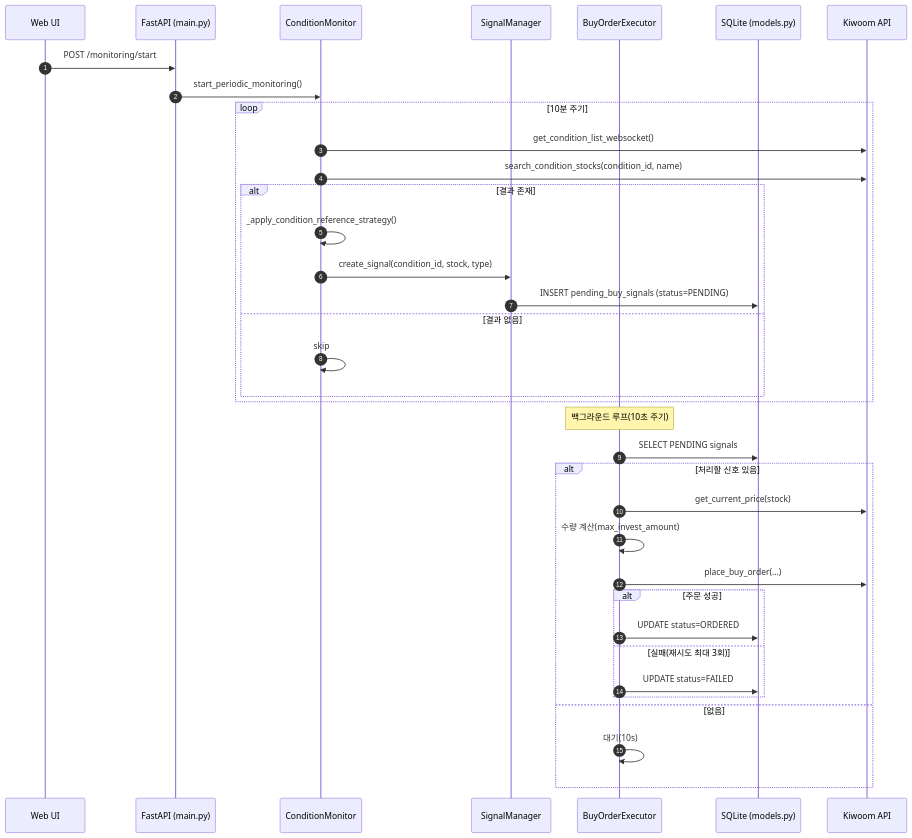
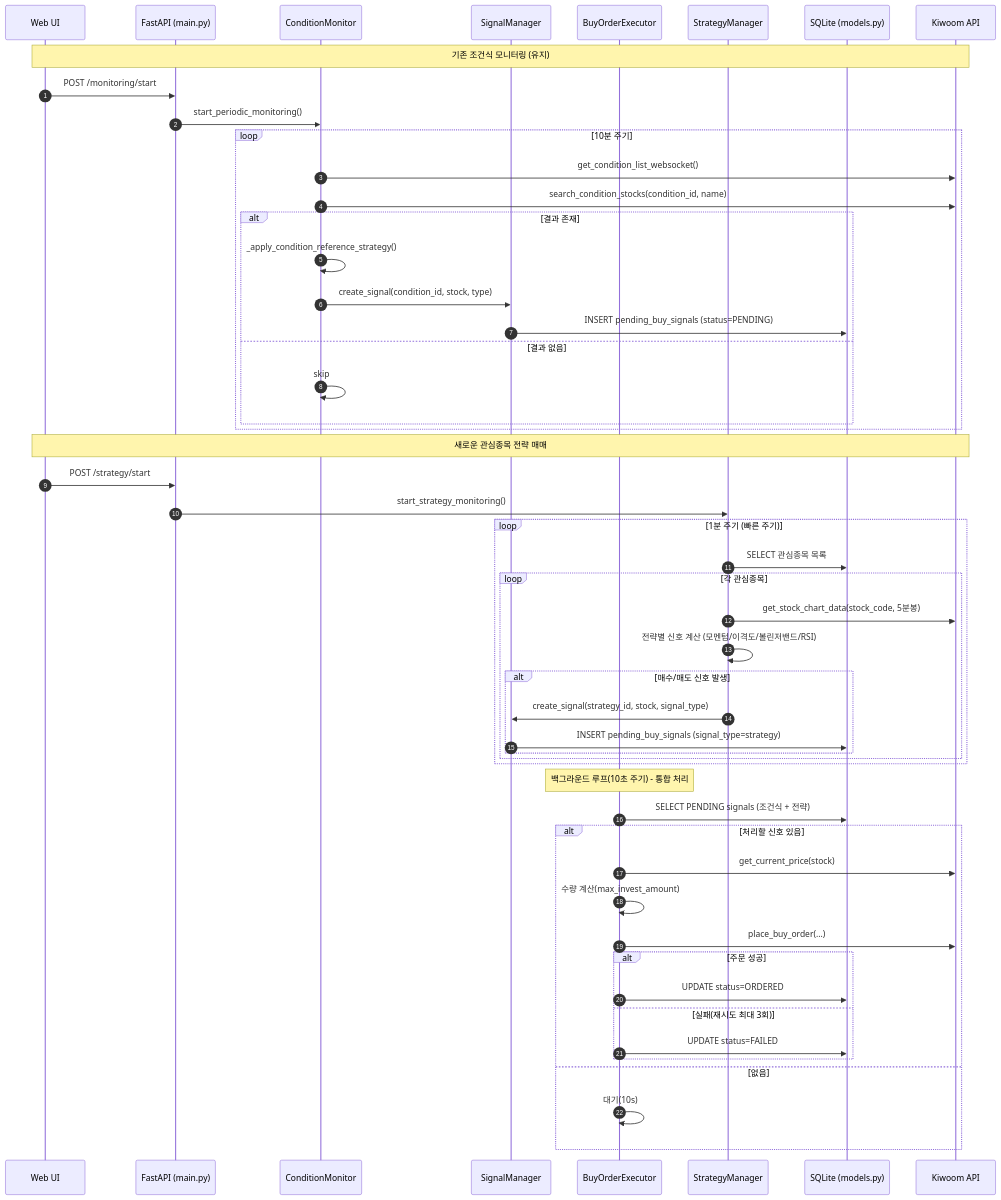
Before and after one commit to hyeongdon/stocke: the first of 2 diagrams in PROCESS_FLOW.md, drawn with Mermaid. The commit also changed other lines of this file and 9 other files, not shown here.

````diff
--- a/PROCESS_FLOW.md
+++ b/PROCESS_FLOW.md
@@ -15,40 +17,57 @@
 ```mermaid
 sequenceDiagram
     autonumber
     participant UI as Web UI
     participant API as FastAPI (main.py)
     participant Mon as ConditionMonitor
     participant Sig as SignalManager
     participant Exec as BuyOrderExecutor
+    participant Str as StrategyManager
     participant DB as SQLite (models.py)
     participant KI as Kiwoom API
 
+    Note over UI,KI: 기존 조건식 모니터링 (유지)
     UI->>API: POST /monitoring/start
     API->>Mon: start_periodic_monitoring()
     loop 10분 주기
         Mon->>KI: get_condition_list_websocket()
         Mon->>KI: search_condition_stocks(condition_id, name)
         alt 결과 존재
             Mon->>Mon: _apply_condition_reference_strategy()
             Mon->>Sig: create_signal(condition_id, stock, type)
             Sig->>DB: INSERT pending_buy_signals (status=PENDING)
         else 결과 없음
             Mon->>Mon: skip
         end
     end
 
-    Note over Exec: 백그라운드 루프(10초 주기)
-    Exec->>DB: SELECT PENDING signals
+    Note over UI,KI: 새로운 관심종목 전략 매매
+    UI->>API: POST /strategy/start
+    API->>Str: start_strategy_monitoring()
+    loop 1분 주기 (빠른 주기)
+        Str->>DB: SELECT 관심종목 목록
+        loop 각 관심종목
+            Str->>KI: get_stock_chart_data(stock_code, 5분봉)
+            Str->>Str: 전략별 신호 계산 (모멘텀/이격도/볼린저밴드/RSI)
+            alt 매수/매도 신호 발생
+                Str->>Sig: create_signal(strategy_id, stock, signal_type)
+                Sig->>DB: INSERT pending_buy_signals (signal_type=strategy)
+            end
+        end
+    end
+
+    Note over Exec: 백그라운드 루프(10초 주기) - 통합 처리
+    Exec->>DB: SELECT PENDING signals (조건식 + 전략)
     alt 처리할 신호 있음
         Exec->>KI: get_current_price(stock)
         Exec->>Exec: 수량 계산(max_invest_amount)
         Exec->>KI: place_buy_order(...)
         alt 주문 성공
             Exec->>DB: UPDATE status=ORDERED
         else 실패(재시도 최대 3회)
             Exec->>DB: UPDATE status=FAILED
         end
     else 없음
         Exec->>Exec: 대기(10s)
     end
 ```
````
